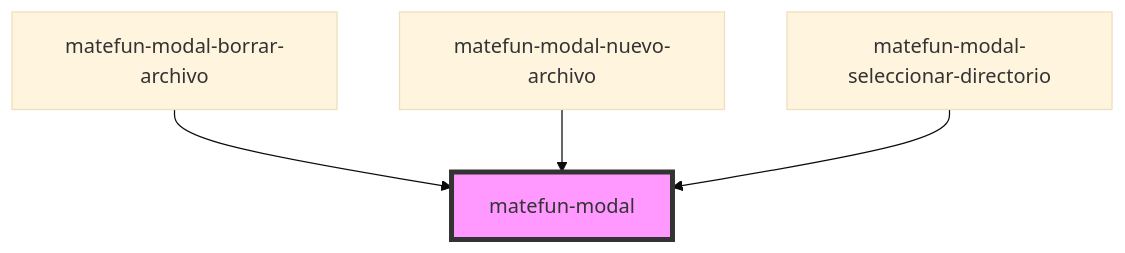
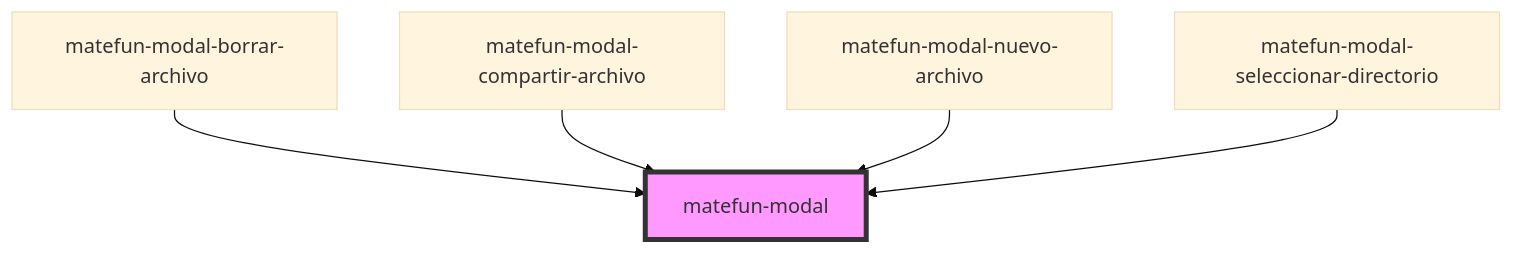
Before and after one commit to ncamera/matefun-components: the diagram in src/components/modal/readme.md, drawn with Mermaid (base theme). The commit also changed other lines of this file and 5 other files, not shown here.

Commit message:
Se agrega modal para compartir archivos

````diff
--- a/src/components/modal/readme.md
+++ b/src/components/modal/readme.md
@@ -49,7 +50,8 @@
 ```mermaid
 graph TD;
   matefun-modal-borrar-archivo --> matefun-modal
+  matefun-modal-compartir-archivo --> matefun-modal
   matefun-modal-nuevo-archivo --> matefun-modal
   matefun-modal-seleccionar-directorio --> matefun-modal
   style matefun-modal fill:#f9f,stroke:#333,stroke-width:4px
 ```
````
